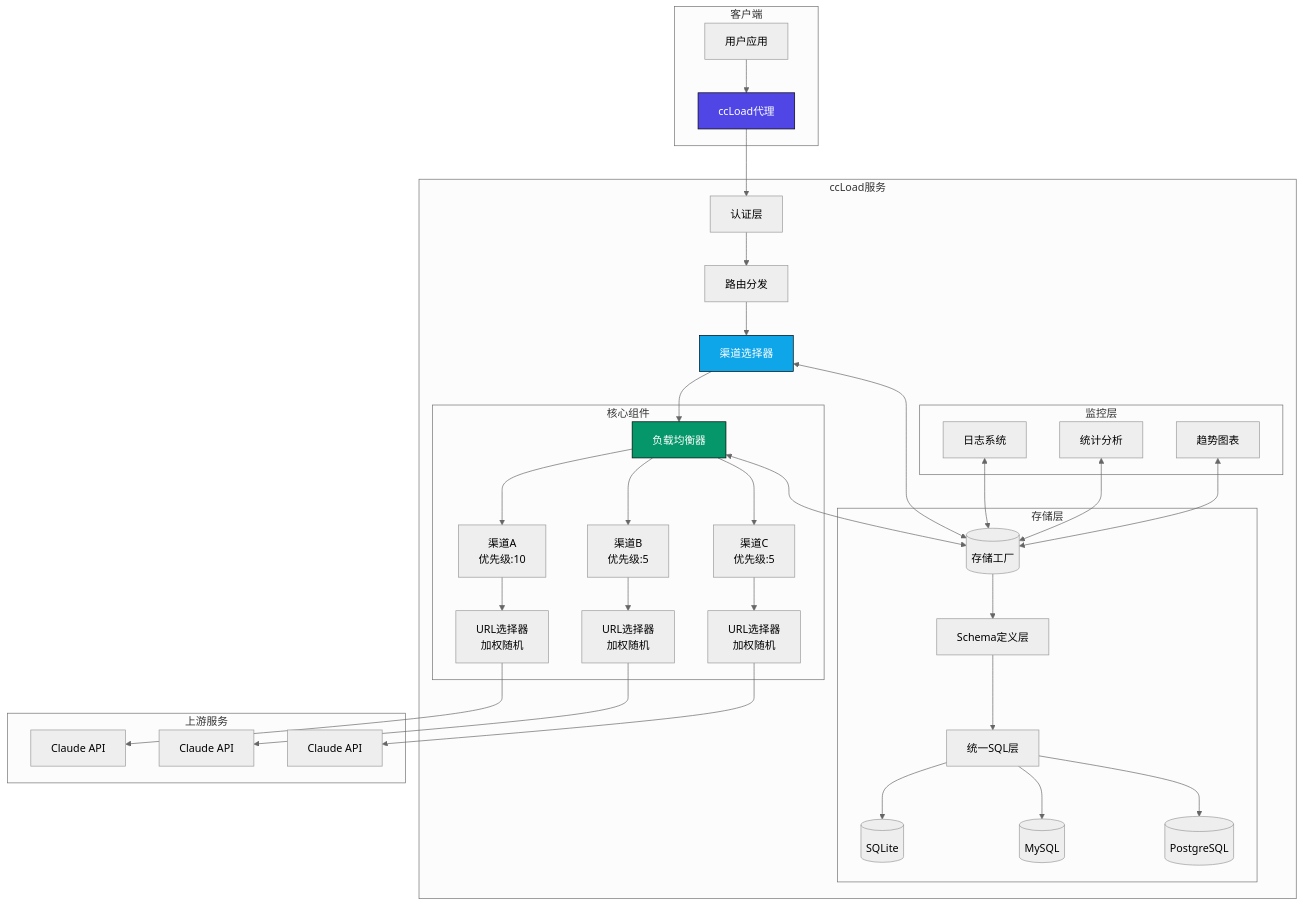
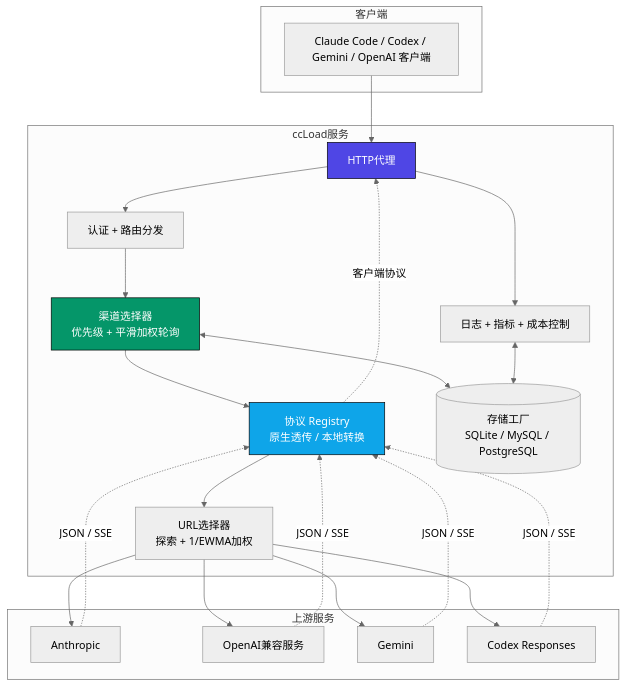
The diagram in README.zh-CN.md (caidaoli/ccLoad), drawn with Mermaid (neutral theme) before and after one commit. The commit also changed other lines of this file and 8 other files, not shown here.

````diff
--- a/README.zh-CN.md
+++ b/README.zh-CN.md
@@ -90,58 +81,42 @@
 ```mermaid
 graph TB
     subgraph "客户端"
-        A[用户应用] --> B[ccLoad代理]
+        A[Claude Code / Codex / Gemini / OpenAI 客户端]
     end
-    
+
     subgraph "ccLoad服务"
-        B --> C[认证层]
-        C --> D[路由分发]
-        D --> E[渠道选择器]
-        E --> F[负载均衡器]
+        B[HTTP代理]
+        C[认证 + 路由分发]
+        D[渠道选择器<br/>优先级 + 平滑加权轮询]
+        E[协议 Registry<br/>原生透传 / 本地转换]
+        F[URL选择器<br/>探索 + 1/EWMA加权]
+        G[(存储工厂<br/>SQLite / MySQL / PostgreSQL)]
+        H[日志 + 指标 + 成本控制]
 
-        subgraph "核心组件"
-            F --> G[渠道A<br/>优先级:10]
-            F --> H[渠道B<br/>优先级:5]
-            F --> I[渠道C<br/>优先级:5]
-            G --> G1[URL选择器<br/>加权随机]
-            H --> H1[URL选择器<br/>加权随机]
-            I --> I1[URL选择器<br/>加权随机]
-        end
-        
-        subgraph "存储层"
-            J[(存储工厂)]
-            J3[Schema定义层]
-            J4[统一SQL层]
-            J1[(SQLite)]
-            J2[(MySQL)]
-            J5[(PostgreSQL)]
-            J --> J3
-            J3 --> J4
-            J4 --> J1
-            J4 --> J2
-            J4 --> J5
-        end
-        
-        subgraph "监控层"
-            K[日志系统]
-            L[统计分析]
-            M[趋势图表]
-        end
+        A --> B --> C --> D --> E --> F
+        D <--> G
+        H <--> G
+        B --> H
     end
-    
+
     subgraph "上游服务"
-        G1 --> N[Claude API]
-        H1 --> O[Claude API]
-        I1 --> P[Claude API]
+        U1[Anthropic]
+        U2[OpenAI兼容服务]
+        U3[Gemini]
+        U4[Codex Responses]
     end
-    
-    E <--> J
-    F <--> J
-    K <--> J
-    L <--> J
-    M <--> J
-    
+
+    F --> U1
+    F --> U2
+    F --> U3
+    F --> U4
+    U1 -. JSON / SSE .-> E
+    U2 -. JSON / SSE .-> E
+    U3 -. JSON / SSE .-> E
+    U4 -. JSON / SSE .-> E
+    E -. 客户端协议 .-> B
+
     style B fill:#4F46E5,stroke:#000,color:#fff
-    style F fill:#059669,stroke:#000,color:#fff
+    style D fill:#059669,stroke:#000,color:#fff
     style E fill:#0EA5E9,stroke:#000,color:#fff
 ```
````
